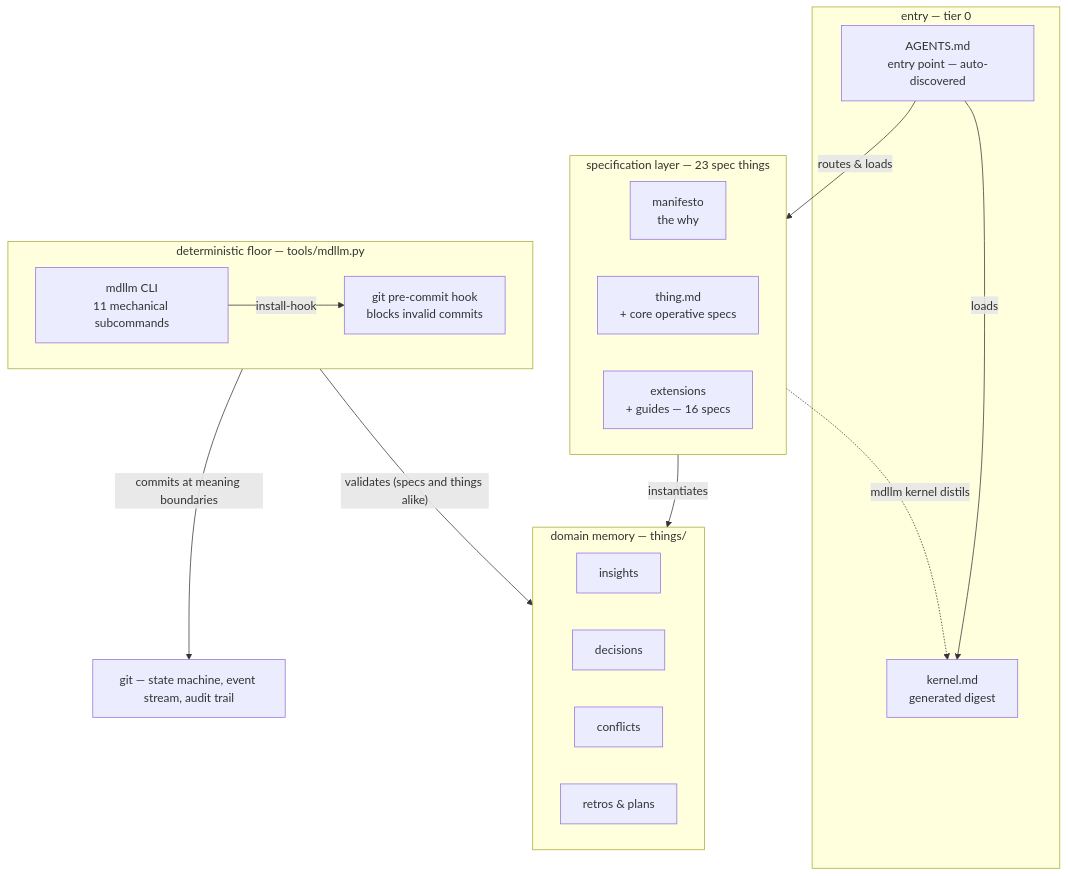
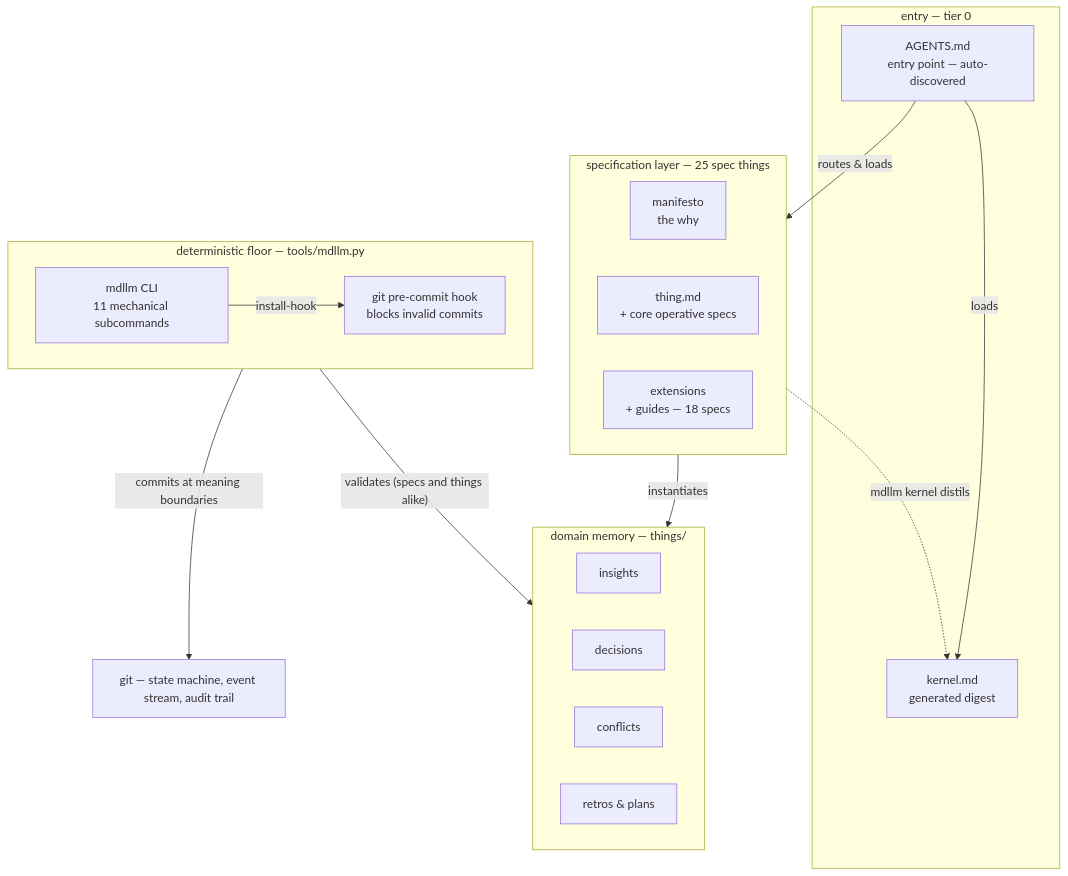
The first of 3 diagrams in framework-map.md (JanoshMoshiri/MarkdownLLM), drawn with Mermaid before and after one commit. The commit also changed other lines of this file, not shown here.

Commit message:
fix: framework-map spec count drift (23->25) — caught by the coherence sweep
The map omitted first-hour.md and framework-map.md (both type: guide) from its
View 2 nodes and its headline counts. Pre-existing drift: the count was already
2 short before this session's +1 carried it forward. Corrects View 1 (25 spec
things) and the EXT band (18 extensions+guides), and adds the two missing nodes
to the guides band. Surfaced by the textual/count trace, not the floor —
validate cannot see counts in a hand-drawn diagram. Full sweep otherwise clean:
validate 56/56, doctor FLOOR ACTIVE @3.7.0, kernel + provenance indexes in sync,
37 tests pass.

````diff
--- a/framework-map.md
+++ b/framework-map.md
@@ -51,31 +51,31 @@
 ```mermaid
 flowchart TD
     subgraph entry ["entry — tier 0"]
         AGENTS["AGENTS.md<br/>entry point — auto-discovered"]
         KERNEL["kernel.md<br/>generated digest"]
     end
-    subgraph specs ["specification layer — 23 spec things"]
+    subgraph specs ["specification layer — 25 spec things"]
         MANIFESTO["manifesto<br/>the why"]
         THING["thing.md<br/>+ core operative specs"]
-        EXT["extensions<br/>+ guides — 16 specs"]
+        EXT["extensions<br/>+ guides — 18 specs"]
     end
     subgraph memory ["domain memory — things/"]
         INSIGHTS["insights"]
         DECISIONS["decisions"]
         CONFLICTS["conflicts"]
         RETROS["retros & plans"]
     end
     subgraph floor ["deterministic floor — tools/mdllm.py"]
         MDLLM["mdllm CLI<br/>11 mechanical subcommands"]
         HOOK["git pre-commit hook<br/>blocks invalid commits"]
     end
     GIT["git — state machine, event stream, audit trail"]
 
     AGENTS -->|loads| KERNEL
     AGENTS -->|routes & loads| specs
     specs -.->|"mdllm kernel distils"| KERNEL
     specs -->|instantiates| memory
     MDLLM -->|install-hook| HOOK
     floor -->|"validates (specs and things alike)"| memory
     floor -->|commits at meaning boundaries| GIT
 ```
````
